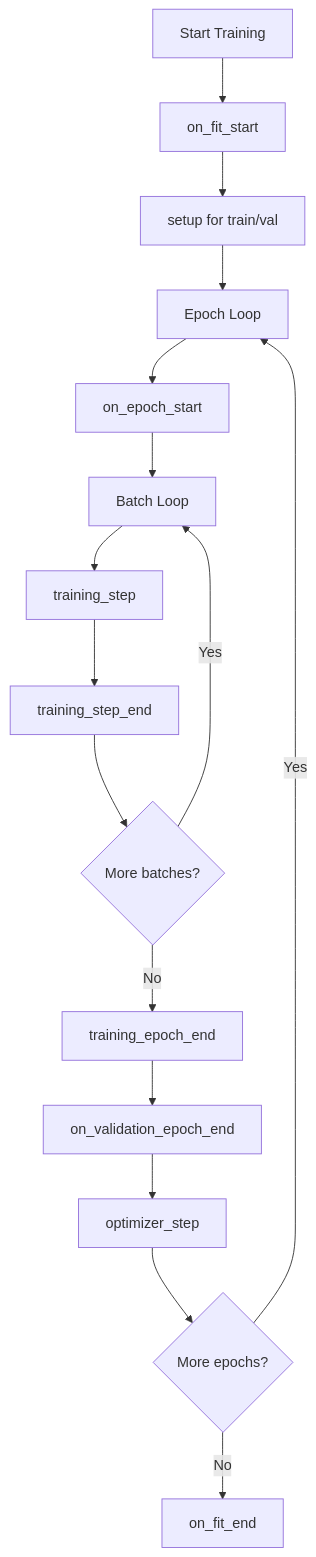
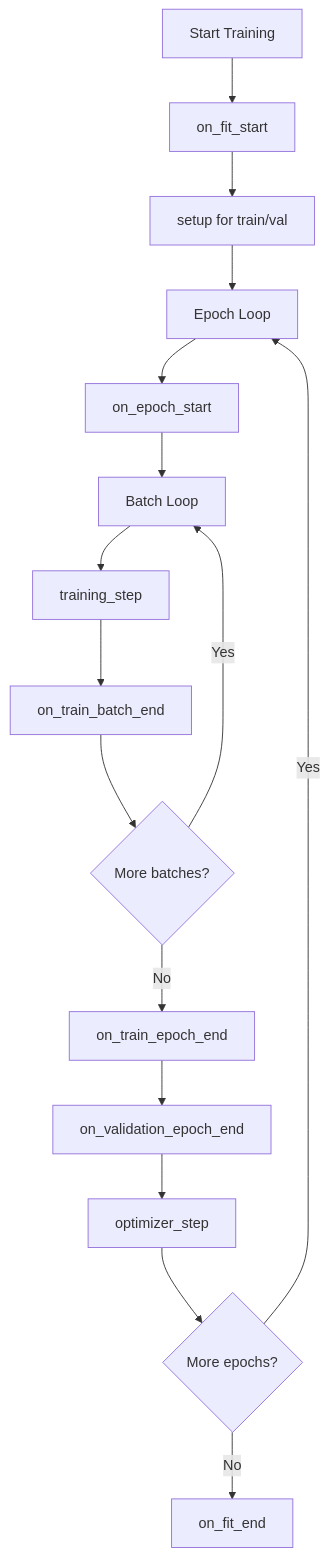
One commit to SAILTECHTEAM/knowledge-base changed the first of 2 diagrams in docs/deep-learning/pytorch-lightning/01-introduction/02-mental-model.mdx. Above: the diagram before and after it, drawn with Mermaid. The commit also changed other lines of this file and 7 other files, not shown here.

````diff
--- a/docs/deep-learning/pytorch-lightning/01-introduction/02-mental-model.mdx
+++ b/docs/deep-learning/pytorch-lightning/01-introduction/02-mental-model.mdx
@@ -28,18 +28,18 @@
 ```mermaid
 flowchart TD
     A[Start Training] --> B[on_fit_start]
     B --> C[setup for train/val]
     C --> D[Epoch Loop]
     D --> E[on_epoch_start]
     E --> F[Batch Loop]
     F --> G[training_step]
-    G --> H[training_step_end]
+    G --> H[on_train_batch_end]
     H --> I{More batches?}
     I -- Yes --> F
-    I -- No --> J[training_epoch_end]
+    I -- No --> J[on_train_epoch_end]
     J --> K[on_validation_epoch_end]
     K --> L[optimizer_step]
     L --> M{More epochs?}
     M -- Yes --> D
     M -- No --> N[on_fit_end]
 ```
````
